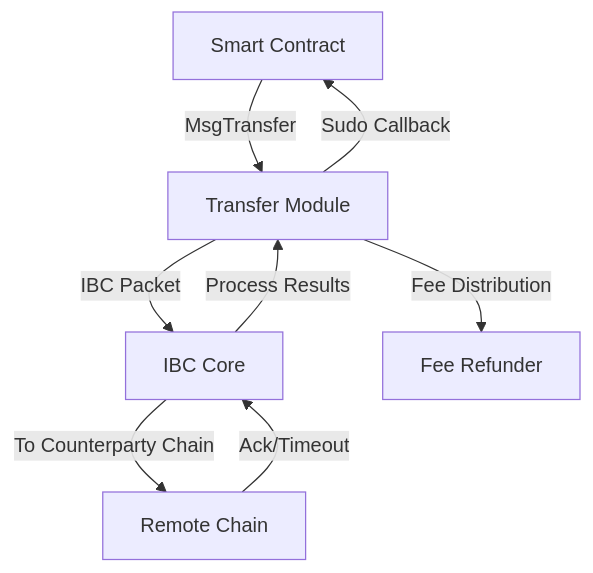
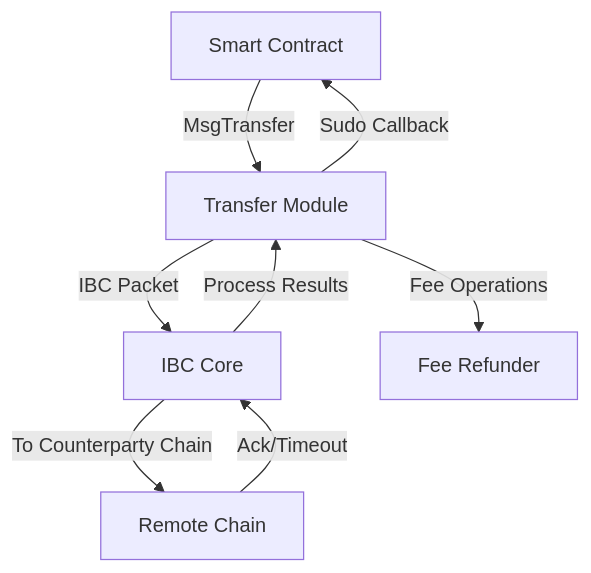
Before and after one commit to neutron-org/neutron-docs: the diagram in developers/modules/transfer/overview.mdx, drawn with Mermaid. The commit also changed other lines of this file and 3 other files, not shown here.

````diff
--- a/developers/modules/transfer/overview.mdx
+++ b/developers/modules/transfer/overview.mdx
@@ -35,10 +35,10 @@
 ```mermaid
 graph TD
     A[Smart Contract] -->|MsgTransfer| B[Transfer Module]
     B -->|IBC Packet| C[IBC Core]
     C -->|To Counterparty Chain| D[Remote Chain]
     D -->|Ack/Timeout| C
     C -->|Process Results| B
     B -->|Sudo Callback| A
-    B -->|Fee Distribution| E[Fee Refunder]
+    B -->|Fee Operations| E[Fee Refunder]
 ```
````
